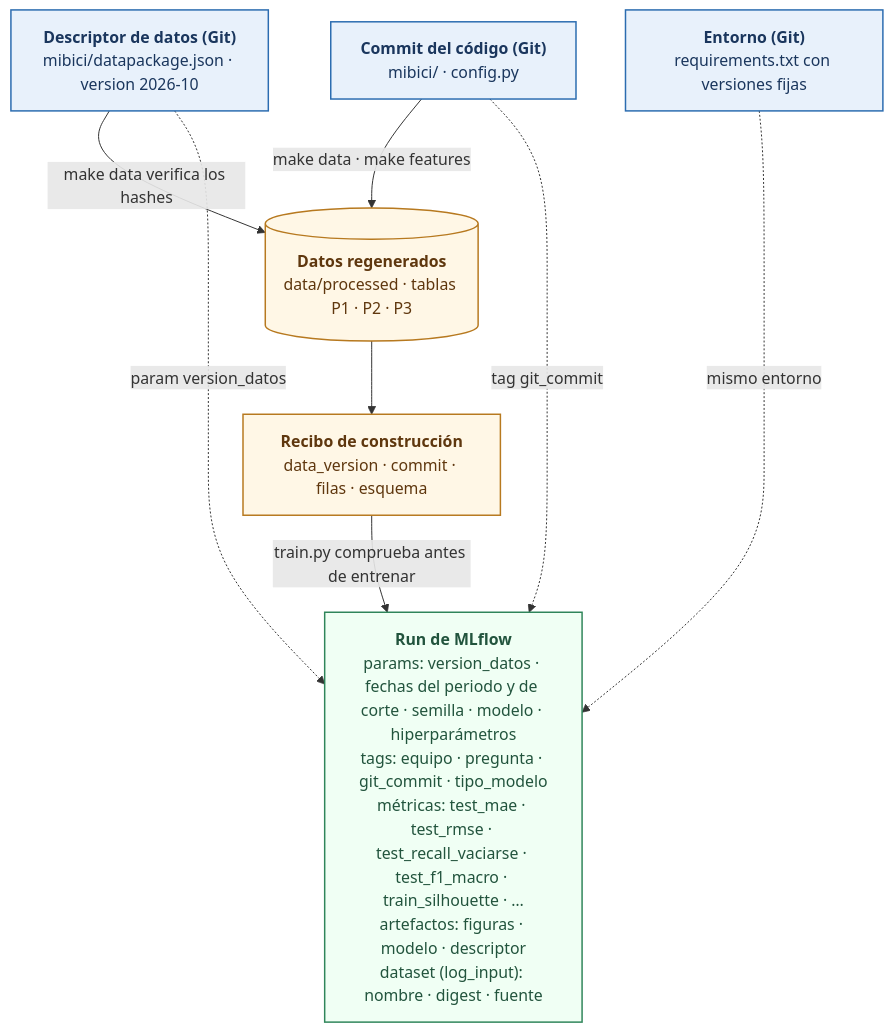
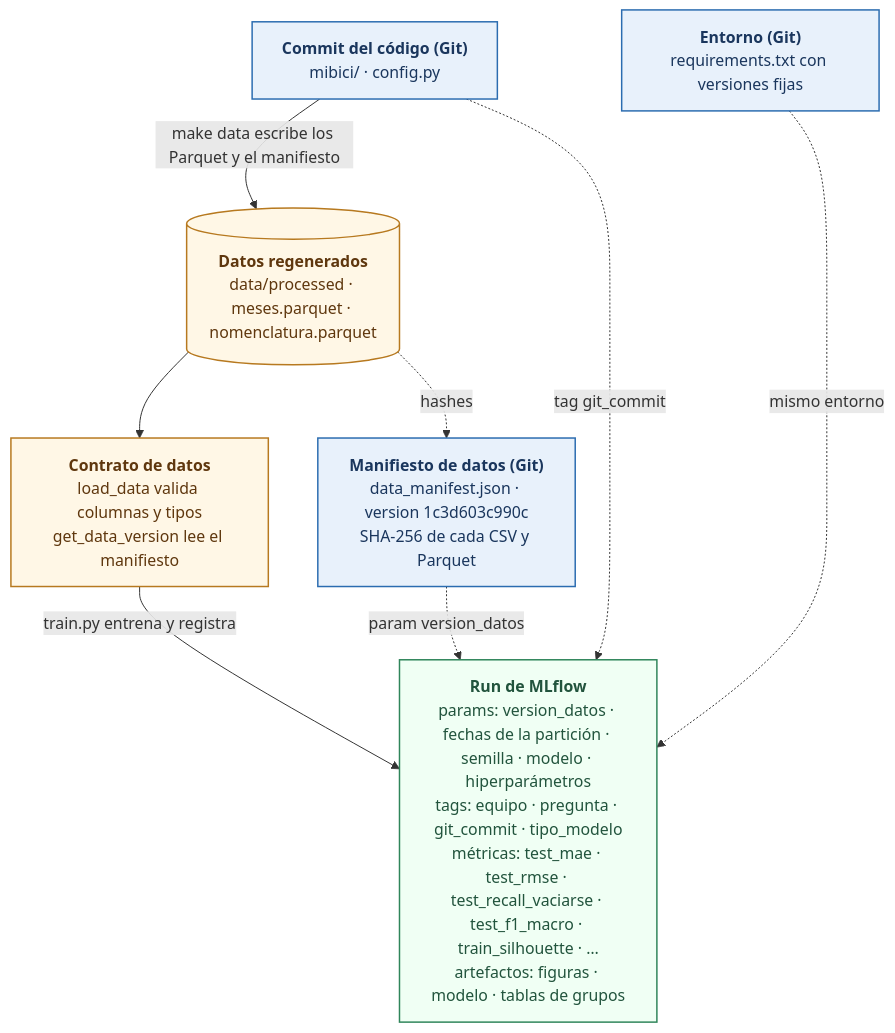
Before and after one commit to WillSagzz/TC5061-Proyecto-Equipo10: the diagram in references/trazabilidad.mmd, drawn with Mermaid. The commit also changed 16 other files, not shown here.

```diff
--- a/references/trazabilidad.mmd
+++ b/references/trazabilidad.mmd
@@ -1,29 +1,29 @@
 %% Cadena de trazabilidad de un run · Proyecto MiBici · TC5061 Equipo 10
 %% Fuente de la Figura 3 de la Entrega 01. Se exporta a trazabilidad.png con mermaid-cli.
 %% Colores: azul = en Git · naranja = regenerado en cada máquina · verde = registro en MLflow.
 flowchart TB
 
-  MAN["<b>Descriptor de datos (Git)</b><br/>mibici/datapackage.json · version 2026-10"]
+  MAN["<b>Manifiesto de datos (Git)</b><br/>data_manifest.json · version 1c3d603c990c<br/>SHA-256 de cada CSV y Parquet"]
   COMMIT["<b>Commit del código (Git)</b><br/>mibici/ · config.py"]
   REQ["<b>Entorno (Git)</b><br/>requirements.txt con versiones fijas"]
 
-  DATA[("<b>Datos regenerados</b><br/>data/processed · tablas P1 · P2 · P3")]
-  RECEIPT["<b>Recibo de construcción</b><br/>data_version · commit · filas · esquema"]
+  DATA[("<b>Datos regenerados</b><br/>data/processed · meses.parquet · nomenclatura.parquet")]
+  CHECK["<b>Contrato de datos</b><br/>load_data valida columnas y tipos<br/>get_data_version lee el manifiesto"]
 
-  RUN["<b>Run de MLflow</b><br/>params: version_datos · fechas del periodo y de corte · semilla · modelo · hiperparámetros<br/>tags: equipo · pregunta · git_commit · tipo_modelo<br/>métricas: test_mae · test_rmse · test_recall_vaciarse · test_f1_macro · train_silhouette · …<br/>artefactos: figuras · modelo · descriptor<br/>dataset (log_input): nombre · digest · fuente"]
+  RUN["<b>Run de MLflow</b><br/>params: version_datos · fechas de la partición · semilla · modelo · hiperparámetros<br/>tags: equipo · pregunta · git_commit · tipo_modelo<br/>métricas: test_mae · test_rmse · test_recall_vaciarse · test_f1_macro · train_silhouette · …<br/>artefactos: figuras · modelo · tablas de grupos"]
 
-  MAN -- "make data verifica los hashes" --> DATA
-  COMMIT -- "make data · make features" --> DATA
+  COMMIT -- "make data escribe los Parquet y el manifiesto" --> DATA
+  DATA -. "hashes" .-> MAN
   REQ ~~~ DATA
-  DATA --> RECEIPT
-  RECEIPT -- "train.py comprueba antes de entrenar" --> RUN
+  DATA --> CHECK
+  CHECK -- "train.py entrena y registra" --> RUN
   MAN -. "param version_datos" .-> RUN
   COMMIT -. "tag git_commit" .-> RUN
   REQ -. "mismo entorno" .-> RUN
 
   classDef git fill:#e8f1fb,stroke:#2b6cb0,stroke-width:1.5px,color:#1a365d
   classDef local fill:#fff7e6,stroke:#b7791f,stroke-width:1.5px,color:#5f370e
   classDef run fill:#f0fff4,stroke:#2f855a,stroke-width:1.5px,color:#22543d
   class MAN,COMMIT,REQ git
-  class DATA,RECEIPT local
+  class DATA,CHECK local
   class RUN run
```
